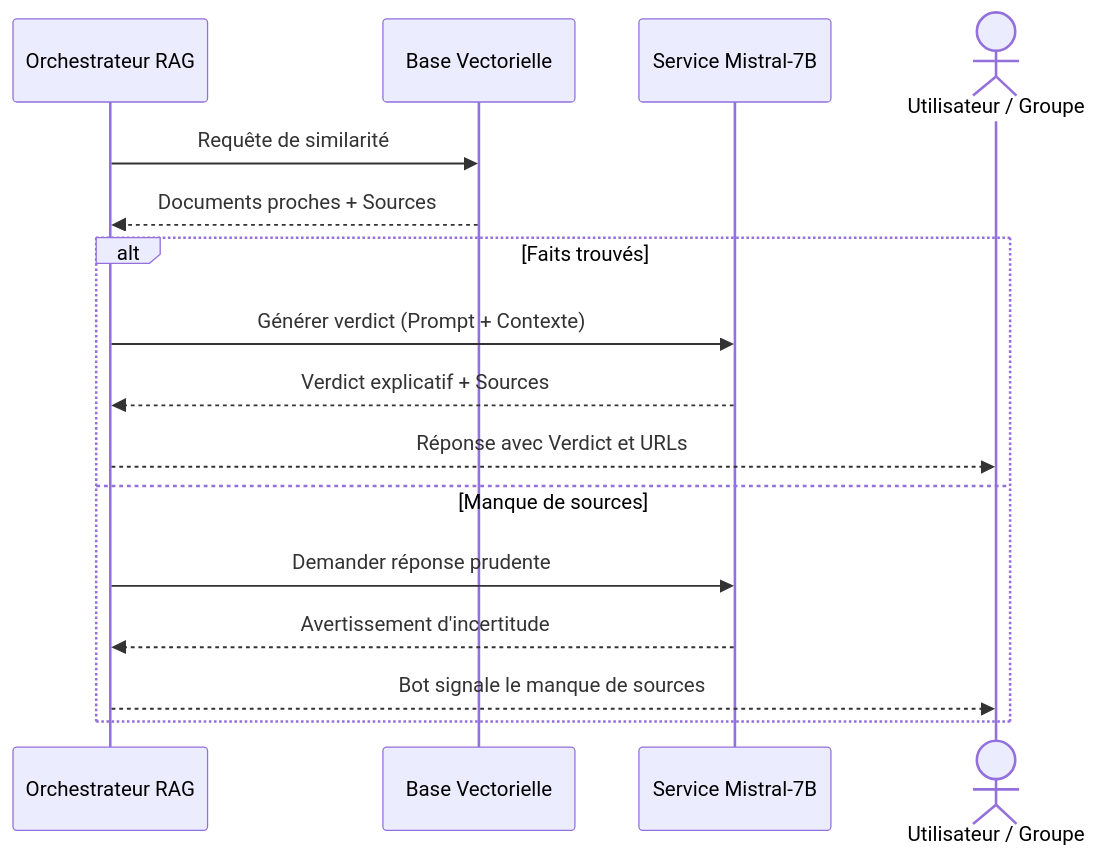
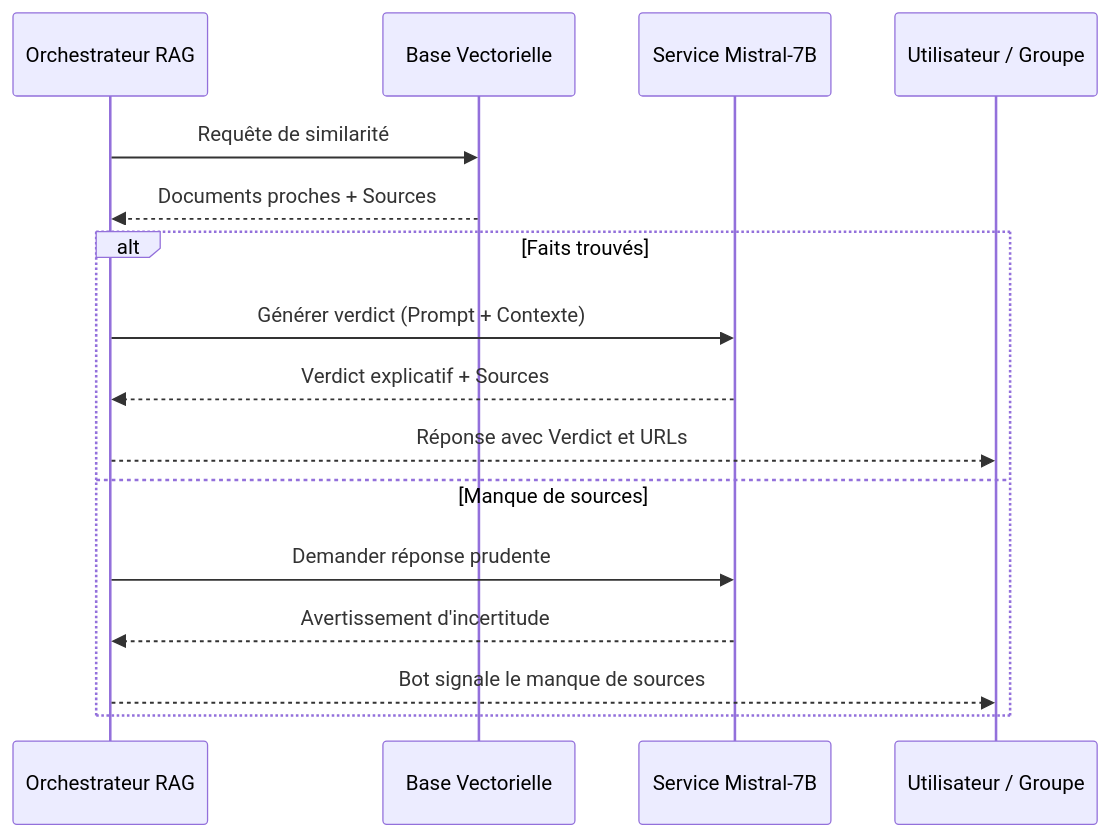
One commit to rooneyi/rdc-news-intelligence changed the ninth of 9 diagrams in ai-service/docs/Chapitre_3_Redaction.md. Above: the diagram before and after it, drawn with Mermaid. The commit also changed other lines of this file and 24 other files, not shown here.

````diff
--- a/ai-service/docs/Chapitre_3_Redaction.md
+++ b/ai-service/docs/Chapitre_3_Redaction.md
@@ -380,20 +335,20 @@
 ```mermaid
 sequenceDiagram
     participant Webhook as Orchestrateur RAG
     participant VectorDB as Base Vectorielle
     participant LLM as Service Mistral-7B
-    actor User as Utilisateur / Groupe
+    participant User as Utilisateur / Groupe
 
     Webhook->>VectorDB: Requête de similarité
     VectorDB-->>Webhook: Documents proches + Sources
     
     alt Faits trouvés
         Webhook->>LLM: Générer verdict (Prompt + Contexte)
         LLM-->>Webhook: Verdict explicatif + Sources
         Webhook-->>User: Réponse avec Verdict et URLs
     else Manque de sources
         Webhook->>LLM: Demander réponse prudente
         LLM-->>Webhook: Avertissement d'incertitude
         Webhook-->>User: Bot signale le manque de sources
     end
 ```
````
